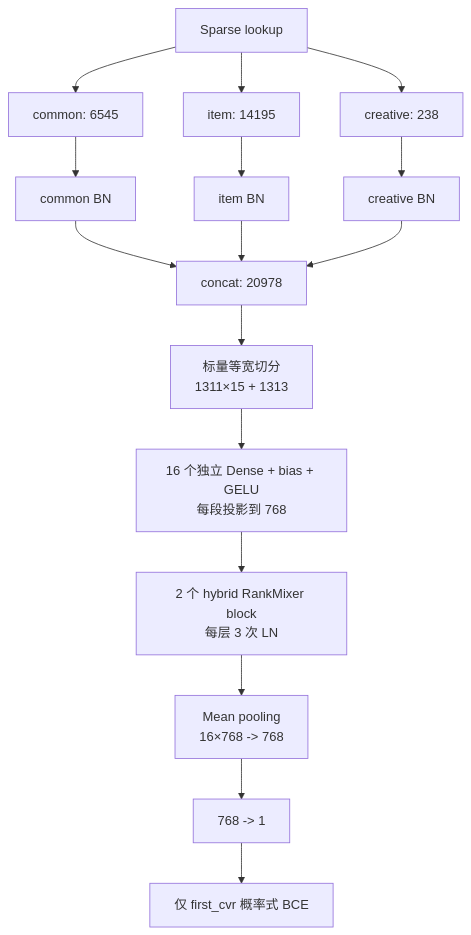
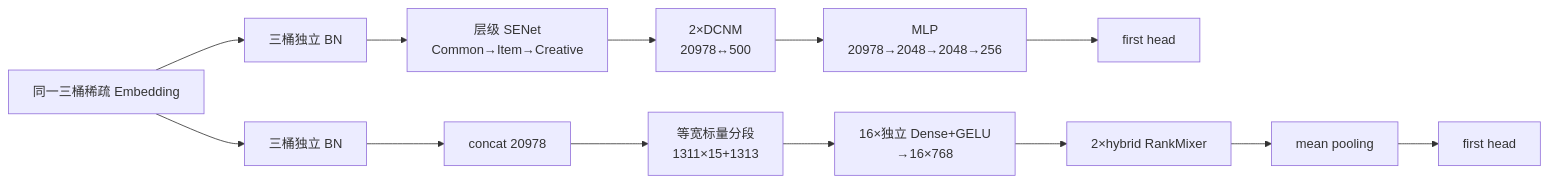
The first of 5 diagrams in rankmixer/CVR_RankMixer_v1_改进方案汇总与选型指南.md (Bolt00Y/RAS), drawn with Mermaid before and after one commit. The commit also changed other lines of this file and 4 other files, not shown here.

Commit message:
Correct RankMixer base comparison

````diff
--- a/rankmixer/CVR_RankMixer_v1_改进方案汇总与选型指南.md
+++ b/rankmixer/CVR_RankMixer_v1_改进方案汇总与选型指南.md
@@ -60,18 +80,16 @@
-```mermaid
-flowchart TD
-    A["Sparse lookup"] --> U["common: 6545"]
-    A --> I["item: 14195"]
-    A --> C["creative: 238"]
-    U --> BU["common BN"]
-    I --> BI["item BN"]
-    C --> BC["creative BN"]
-    BU --> V["concat: 20978"]
-    BI --> V
-    BC --> V
-    V --> S["标量等宽切分<br/>1311×15 + 1313"]
-    S --> T["16 个独立 Dense + bias + GELU<br/>每段投影到 768"]
-    T --> B["2 个 hybrid RankMixer block<br/>每层 3 次 LN"]
-    B --> M["Mean pooling<br/>16×768 -> 768"]
-    M --> H["768 -> 1"]
-    H --> L["仅 first_cvr 概率式 BCE"]
-```
+~~~mermaid
+flowchart LR
+    X["同一三桶稀疏 Embedding"] --> B1["三桶独立 BN"]
+    B1 --> S["层级 SENet<br/>Common→Item→Creative"]
+    S --> D["2×DCNM<br/>20978↔500"]
+    D --> M["MLP<br/>20978→2048→2048→256"]
+    M --> HB["first head"]
+
+    X --> B2["三桶独立 BN"]
+    B2 --> C["concat 20978"]
+    C --> P["等宽标量分段<br/>1311×15+1313"]
+    P --> T["16×独立 Dense+GELU<br/>→16×768"]
+    T --> R["2×hybrid RankMixer"]
+    R --> A["mean pooling"]
+    A --> HR["first head"]
+~~~
````
